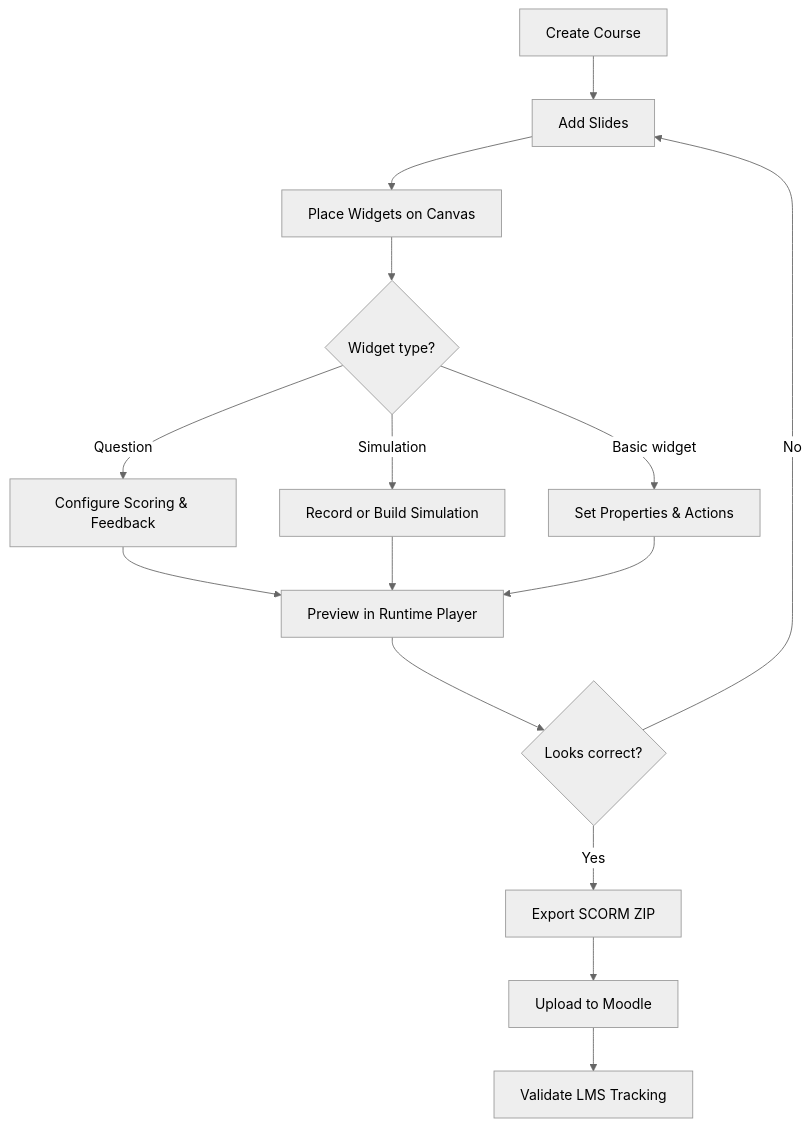
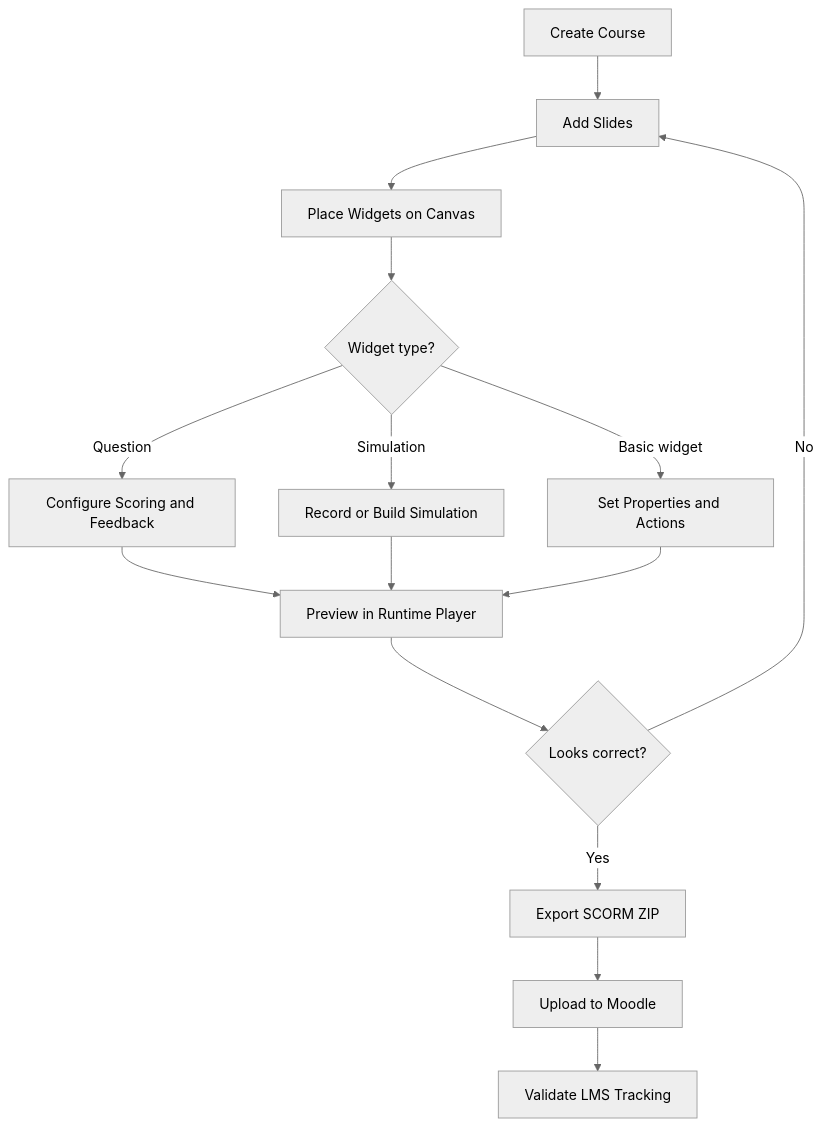
One commit to canocampus/elearn-studio changed the second of 3 diagrams in README.md. Above: the diagram before and after it, drawn with Mermaid (neutral theme). The commit also changed other lines of this file, not shown here.

First line of the commit message:
fix(docs): make Mermaid diagrams compatible with Mermaid 8.x

````diff
--- a/README.md
+++ b/README.md
@@ -136,17 +134,17 @@
 ```mermaid
 graph TD
   A[Create Course] --> B[Add Slides]
   B --> C[Place Widgets on Canvas]
   C --> D{Widget type?}
-  D -->|Question| E[Configure Scoring & Feedback]
+  D -->|Question| E["Configure Scoring and Feedback"]
   D -->|Simulation| F[Record or Build Simulation]
-  D -->|Basic widget| G[Set Properties & Actions]
+  D -->|Basic widget| G[Set Properties and Actions]
   E --> H[Preview in Runtime Player]
   F --> H
   G --> H
   H --> I{Looks correct?}
   I -->|No| B
   I -->|Yes| J[Export SCORM ZIP]
   J --> K[Upload to Moodle]
   K --> L[Validate LMS Tracking]
 ```
````
